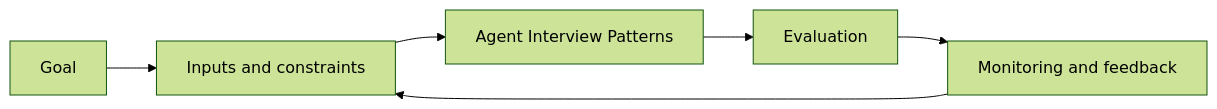
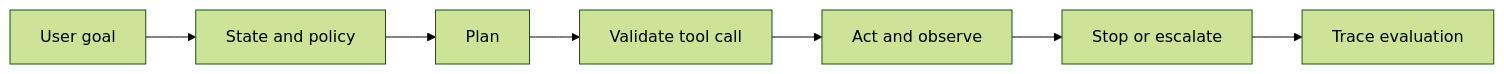
Before and after one commit to Icon1cc/Machine-Learning: the diagram in agents/13-agent-interview-patterns.md, drawn with Mermaid (forest theme). The commit also changed other lines of this file and 20 other files, not shown here.

````diff
--- a/agents/13-agent-interview-patterns.md
+++ b/agents/13-agent-interview-patterns.md
@@ -93,8 +100,9 @@
 ```mermaid
 flowchart LR
-    A[Goal] --> B[Inputs and constraints]
-    B --> C[Agent Interview Patterns]
-    C --> D[Evaluation]
-    D --> E[Monitoring and feedback]
-    E --> B
+    A[User goal] --> B[State and policy]
+    B --> C[Plan]
+    C --> D[Validate tool call]
+    D --> E[Act and observe]
+    E --> F[Stop or escalate]
+    F --> G[Trace evaluation]
 ```
````
